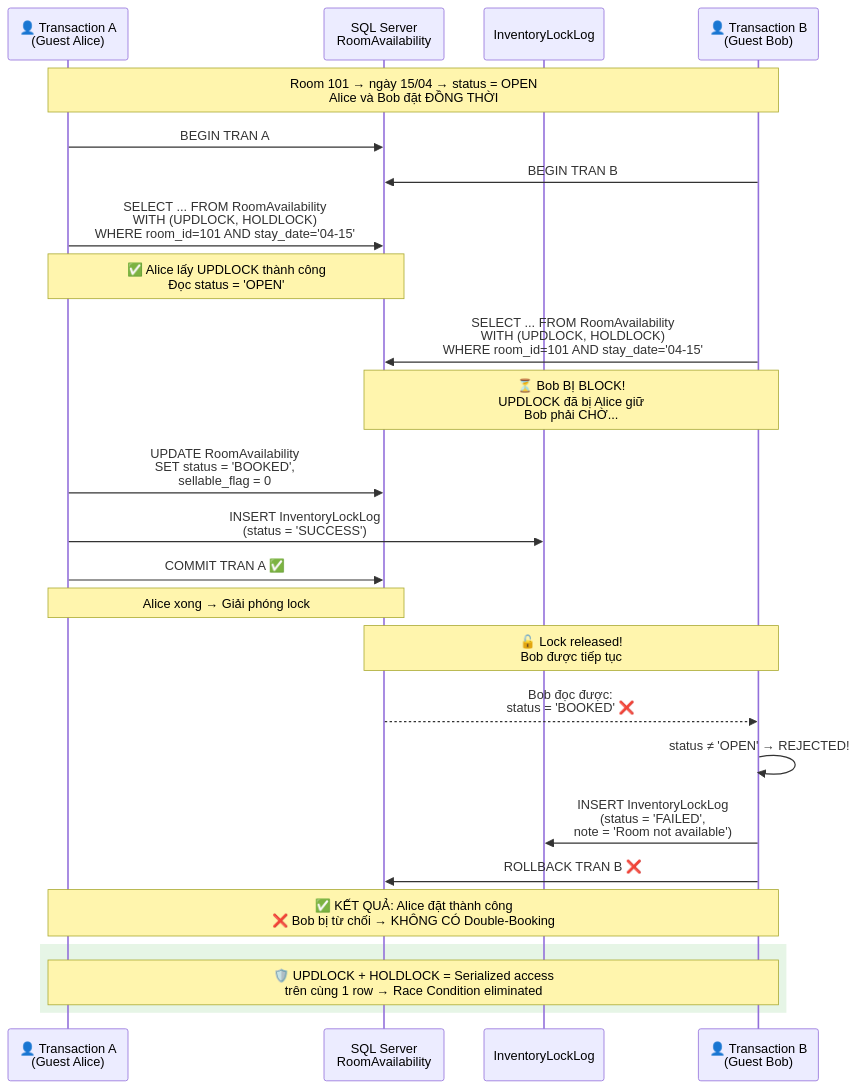
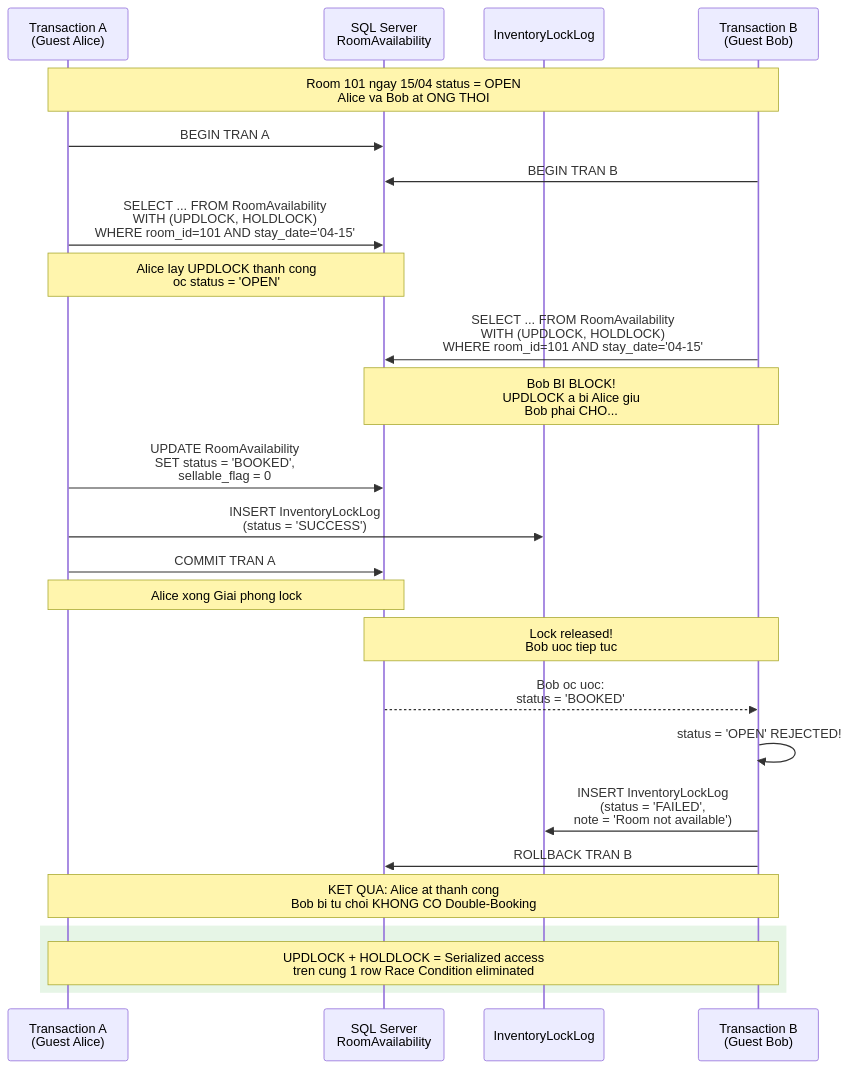
Before and after one commit to DinhQuocCuong28664/Advance_Database_Final_Project: the fourth of 4 diagrams in docs/LuxeReserve_SequenceDiagrams.md, drawn with Mermaid. The commit also changed other lines of this file and 111 other files, not shown here.

Commit message:
feat: refresh demo flows and normalize repo text

````diff
--- a/docs/LuxeReserve_SequenceDiagrams.md
+++ b/docs/LuxeReserve_SequenceDiagrams.md
@@ -223,41 +223,41 @@
 ```mermaid
 sequenceDiagram
-    participant A as 👤 Transaction A<br/>(Guest Alice)
+    participant A as  Transaction A<br/>(Guest Alice)
     participant SQL as SQL Server<br/>RoomAvailability
     participant Lock as InventoryLockLog
-    participant B as 👤 Transaction B<br/>(Guest Bob)
+    participant B as  Transaction B<br/>(Guest Bob)
 
-    Note over A, B: Room 101 → ngày 15/04 → status = OPEN<br/>Alice và Bob đặt ĐỒNG THỜI
+    Note over A, B: Room 101  ngay 15/04  status = OPEN<br/>Alice va Bob at ONG THOI
 
     A->>SQL: BEGIN TRAN A
     B->>SQL: BEGIN TRAN B
 
     A->>SQL: SELECT ... FROM RoomAvailability<br/>WITH (UPDLOCK, HOLDLOCK)<br/>WHERE room_id=101 AND stay_date='04-15'
 
-    Note over A, SQL: ✅ Alice lấy UPDLOCK thành công<br/>Đọc status = 'OPEN'
+    Note over A, SQL:  Alice lay UPDLOCK thanh cong<br/>oc status = 'OPEN'
 
     B->>SQL: SELECT ... FROM RoomAvailability<br/>WITH (UPDLOCK, HOLDLOCK)<br/>WHERE room_id=101 AND stay_date='04-15'
 
-    Note over SQL, B: ⏳ Bob BỊ BLOCK!<br/>UPDLOCK đã bị Alice giữ<br/>Bob phải CHỜ...
+    Note over SQL, B:  Bob BI BLOCK!<br/>UPDLOCK a bi Alice giu<br/>Bob phai CHO...
 
     A->>SQL: UPDATE RoomAvailability<br/>SET status = 'BOOKED',<br/>sellable_flag = 0
     A->>Lock: INSERT InventoryLockLog<br/>(status = 'SUCCESS')
-    A->>SQL: COMMIT TRAN A ✅
+    A->>SQL: COMMIT TRAN A 
 
-    Note over A, SQL: Alice xong → Giải phóng lock
+    Note over A, SQL: Alice xong  Giai phong lock
 
-    Note over SQL, B: 🔓 Lock released!<br/>Bob được tiếp tục
+    Note over SQL, B:  Lock released!<br/>Bob uoc tiep tuc
 
-    SQL-->>B: Bob đọc được:<br/>status = 'BOOKED' ❌
+    SQL-->>B: Bob oc uoc:<br/>status = 'BOOKED' 
 
-    B->>B: status ≠ 'OPEN' → REJECTED!
+    B->>B: status = 'OPEN'  REJECTED!
 
     B->>Lock: INSERT InventoryLockLog<br/>(status = 'FAILED',<br/>note = 'Room not available')
-    B->>SQL: ROLLBACK TRAN B ❌
+    B->>SQL: ROLLBACK TRAN B 
 
-    Note over A, B: ✅ KẾT QUẢ: Alice đặt thành công<br/>❌ Bob bị từ chối → KHÔNG CÓ Double-Booking
+    Note over A, B:  KET QUA: Alice at thanh cong<br/> Bob bi tu choi  KHONG CO Double-Booking
 
     rect rgb(230, 245, 230)
-        Note over A, B: 🛡️ UPDLOCK + HOLDLOCK = Serialized access<br/>trên cùng 1 row → Race Condition eliminated
+        Note over A, B:  UPDLOCK + HOLDLOCK = Serialized access<br/>tren cung 1 row  Race Condition eliminated
     end
 ```
````
